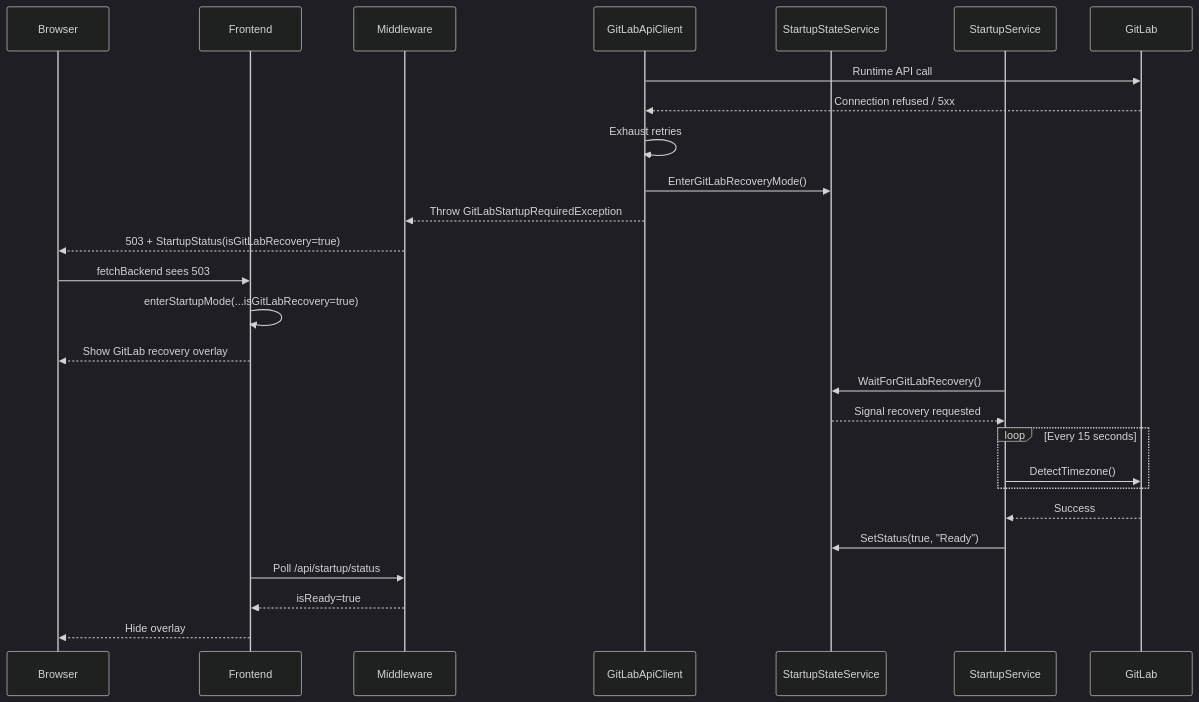
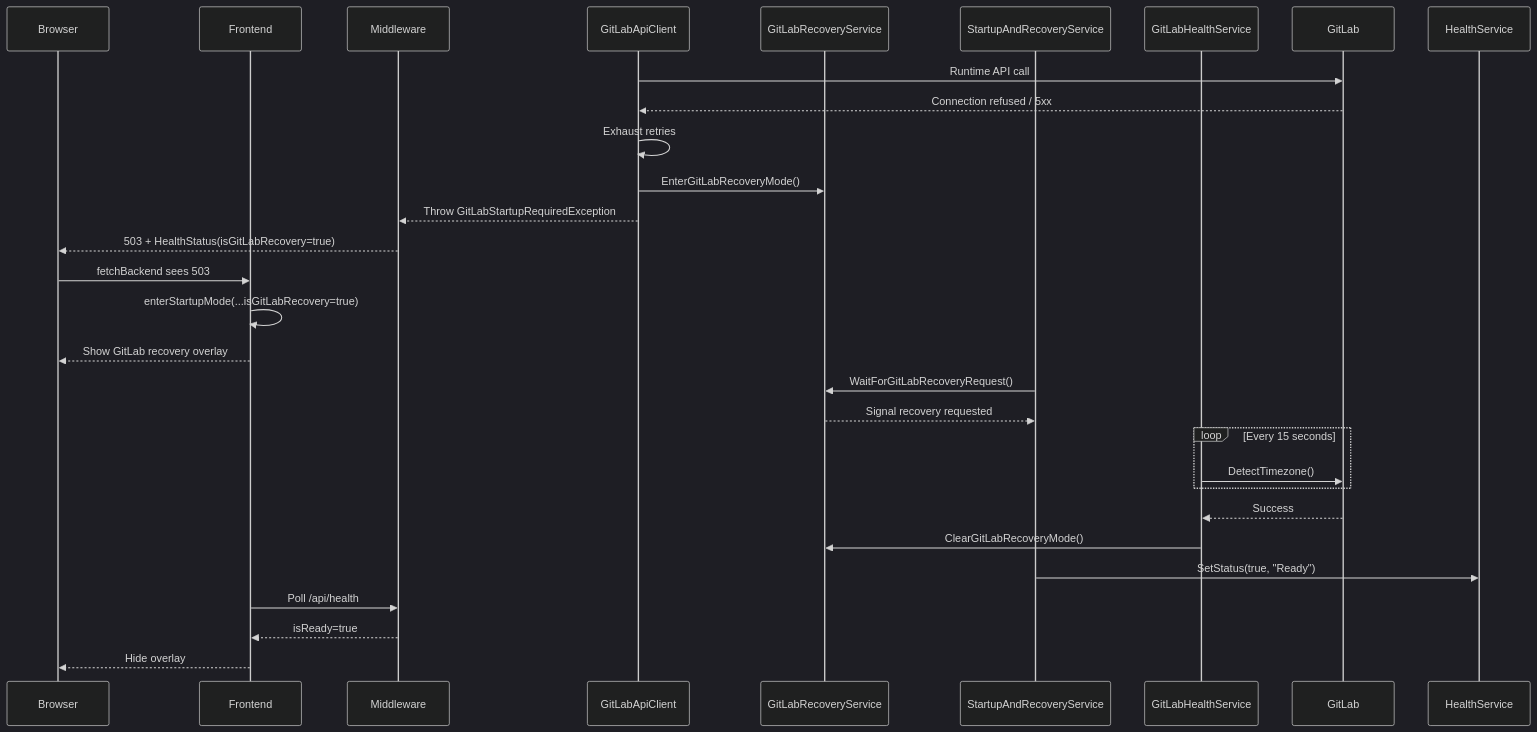
Before and after one commit to Falconne/ci-lab: the second of 2 diagrams in docs/StartupAndRecovery.md, drawn with Mermaid (dark theme). The commit also changed other lines of this file and 10 other files, not shown here.

First line of the commit message:
Task 5: Integration tests — poll /api/health

````diff
--- a/docs/StartupAndRecovery.md
+++ b/docs/StartupAndRecovery.md
@@ -113,30 +115,32 @@
 ```mermaid
 sequenceDiagram
     participant Browser
     participant Frontend
     participant Middleware
     participant GitLabApiClient
-    participant StartupStateService
-    participant StartupService
+    participant GitLabRecoveryService
+    participant StartupAndRecoveryService
+    participant GitLabHealthService
     participant GitLab
 
     GitLabApiClient->>GitLab: Runtime API call
     GitLab-->>GitLabApiClient: Connection refused / 5xx
     GitLabApiClient->>GitLabApiClient: Exhaust retries
-    GitLabApiClient->>StartupStateService: EnterGitLabRecoveryMode()
+    GitLabApiClient->>GitLabRecoveryService: EnterGitLabRecoveryMode()
     GitLabApiClient-->>Middleware: Throw GitLabStartupRequiredException
-    Middleware-->>Browser: 503 + StartupStatus(isGitLabRecovery=true)
+    Middleware-->>Browser: 503 + HealthStatus(isGitLabRecovery=true)
     Browser->>Frontend: fetchBackend sees 503
     Frontend->>Frontend: enterStartupMode(...isGitLabRecovery=true)
     Frontend-->>Browser: Show GitLab recovery overlay
-    StartupService->>StartupStateService: WaitForGitLabRecovery()
-    StartupStateService-->>StartupService: Signal recovery requested
+    StartupAndRecoveryService->>GitLabRecoveryService: WaitForGitLabRecoveryRequest()
+    GitLabRecoveryService-->>StartupAndRecoveryService: Signal recovery requested
     loop Every 15 seconds
-        StartupService->>GitLab: DetectTimezone()
+        GitLabHealthService->>GitLab: DetectTimezone()
     end
-    GitLab-->>StartupService: Success
-    StartupService->>StartupStateService: SetStatus(true, "Ready")
-    Frontend->>Middleware: Poll /api/startup/status
+    GitLab-->>GitLabHealthService: Success
+    GitLabHealthService->>GitLabRecoveryService: ClearGitLabRecoveryMode()
+    StartupAndRecoveryService->>HealthService: SetStatus(true, "Ready")
+    Frontend->>Middleware: Poll /api/health
     Middleware-->>Frontend: isReady=true
     Frontend-->>Browser: Hide overlay
 ```
````
